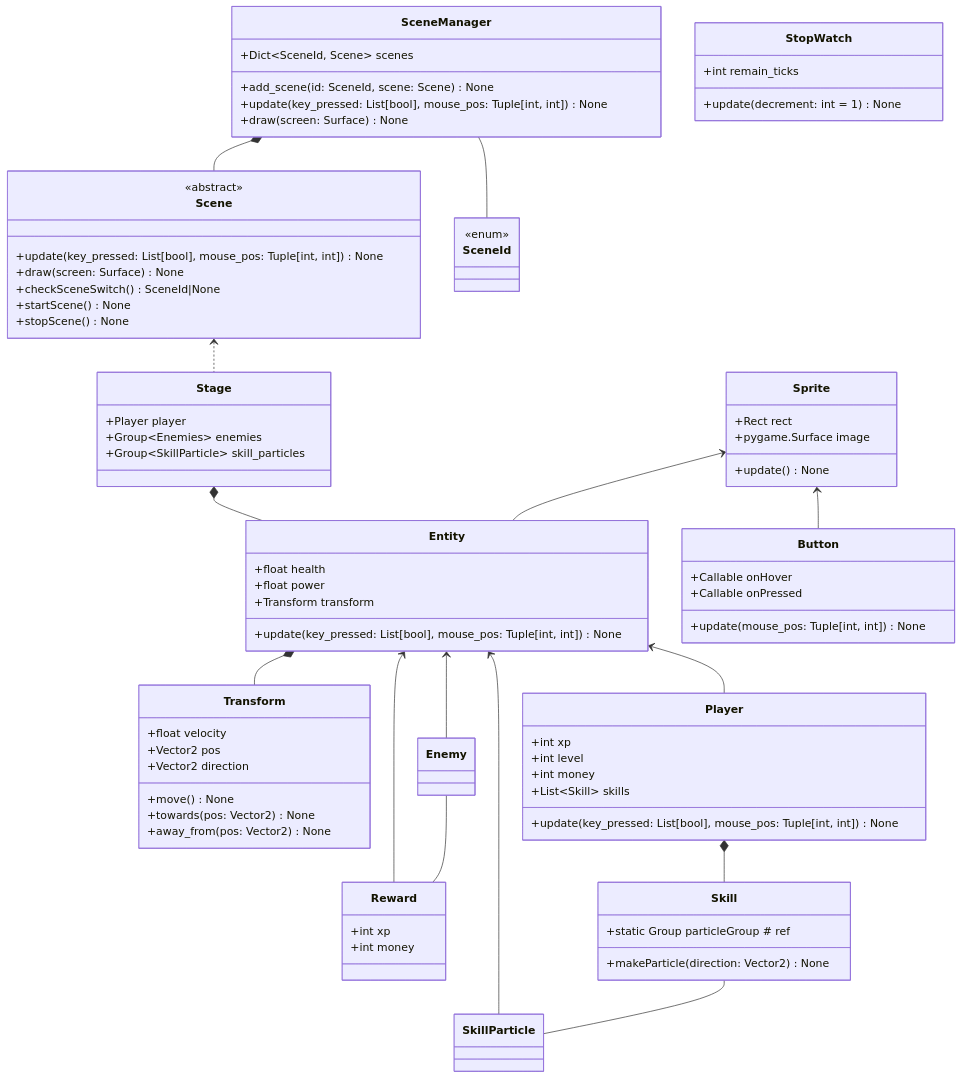
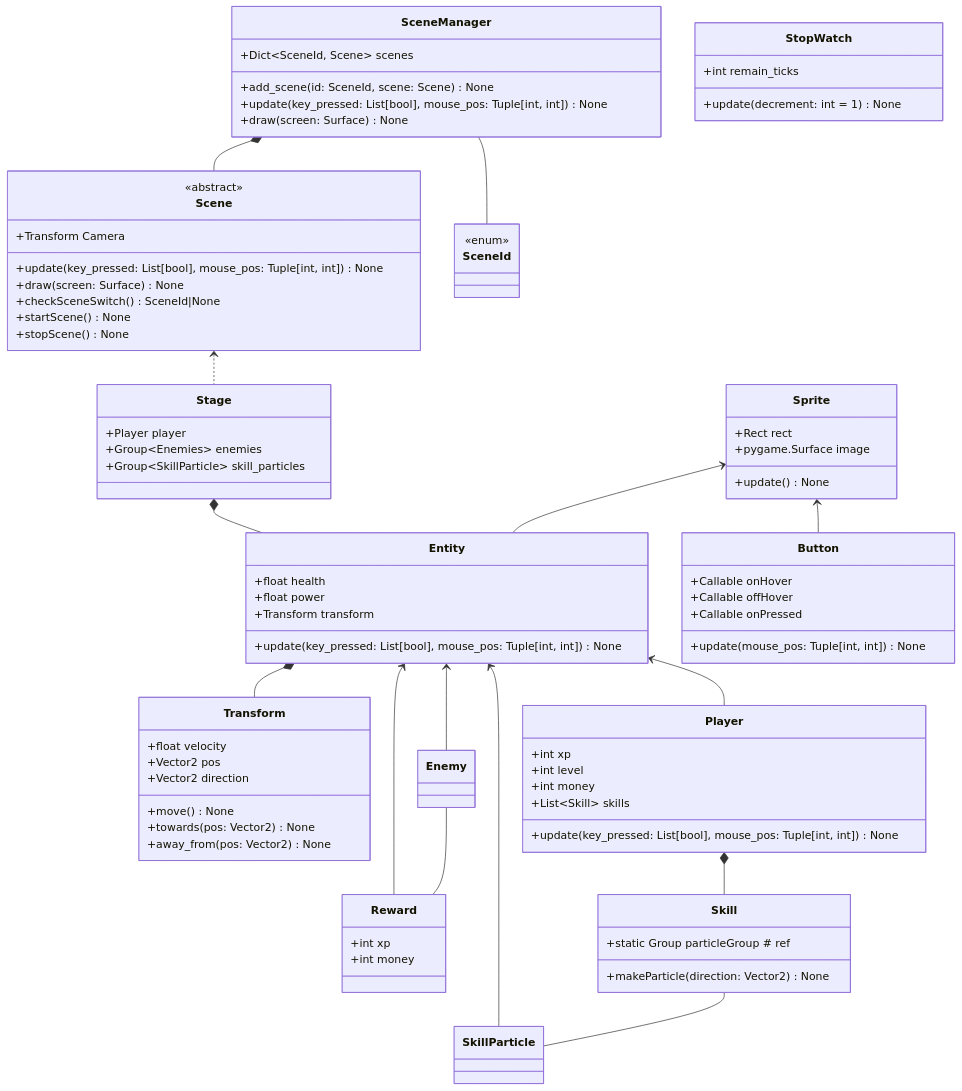
One commit to tteokgook1g/salmon_game changed the diagram in uml.md. Above: the diagram before and after it, drawn with Mermaid. The commit also changed 1 other file, not shown here.

```diff
--- a/uml.md
+++ b/uml.md
@@ -13,6 +13,8 @@
 SceneManager--SceneId
 
 class Scene{
+    +Transform Camera
+    
     +update(key_pressed: List[bool], mouse_pos: Tuple[int, int]) None
     +draw(screen: Surface) None
     +checkSceneSwitch() SceneId|None
@@ -104,6 +106,7 @@
 
 class Button{
     +Callable onHover
+    +Callable offHover
     +Callable onPressed
 
     +update(mouse_pos: Tuple[int, int]) None
```
